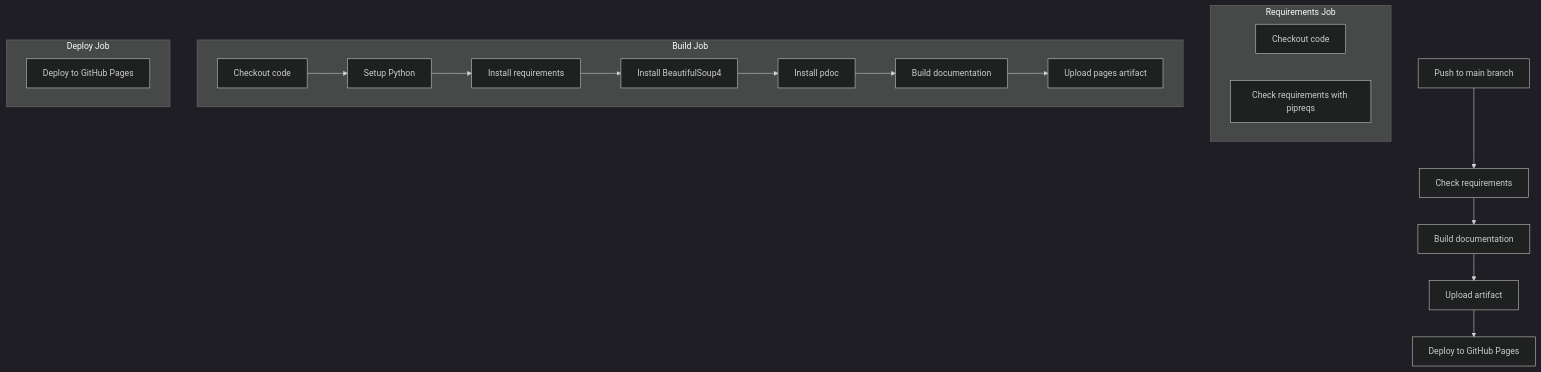
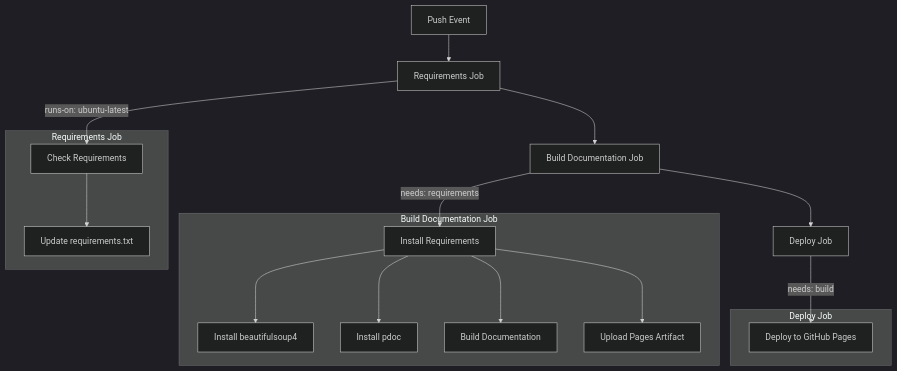
One commit to SACCSF/NeonCRMLinkedIn changed the diagram in README.md. Above: the diagram before and after it, drawn with Mermaid (dark theme).

Commit message:
Updated mermaid diagram

````diff
--- a/README.md
+++ b/README.md
@@ -62,27 +62,33 @@
 ```mermaid
-graph TD
-A[Push to main branch] --> B[Check requirements]
-B --> C[Build documentation]
-C --> D[Upload artifact]
-D --> E[Deploy to GitHub Pages]
+graph TD;
+    A[Push Event] --> B[Requirements Job]
+    B -->|runs-on: ubuntu-latest| C[Check Requirements]
+    C --> D[Update requirements.txt]
 
-subgraph Requirements Job
-    B1[Checkout code]
-    B2[Check requirements with pipreqs]
-end
+    B --> E[Build Documentation Job]
+    E -->|needs: requirements| F[Install Requirements]
+    F --> G[Install beautifulsoup4]
+    F --> H[Install pdoc]
+    F --> I[Build Documentation]
+    F --> J[Upload Pages Artifact]
 
-subgraph Build Job
-    C1[Checkout code]
-    C2[Setup Python]
-    C3[Install requirements]
-    C4[Install BeautifulSoup4]
-    C5[Install pdoc]
-    C6[Build documentation]
-    C7[Upload pages artifact]
-    C1 --> C2 --> C3 --> C4 --> C5 --> C6 --> C7
-end
+    E --> K[Deploy Job]
+    K -->|needs: build| L[Deploy to GitHub Pages]
 
-subgraph Deploy Job
-    D1[Deploy to GitHub Pages]
-end
+    subgraph Requirements Job
+        C
+        D
+    end
+
+    subgraph Build Documentation Job
+        F
+        G
+        H
+        I
+        J
+    end
+
+    subgraph Deploy Job
+        L
+    end
 ```
````
